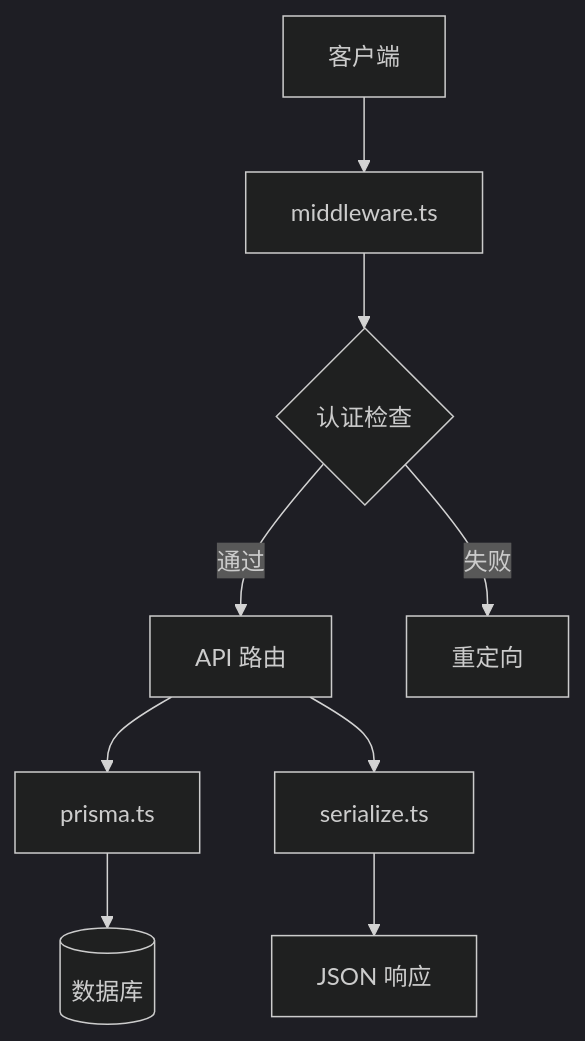
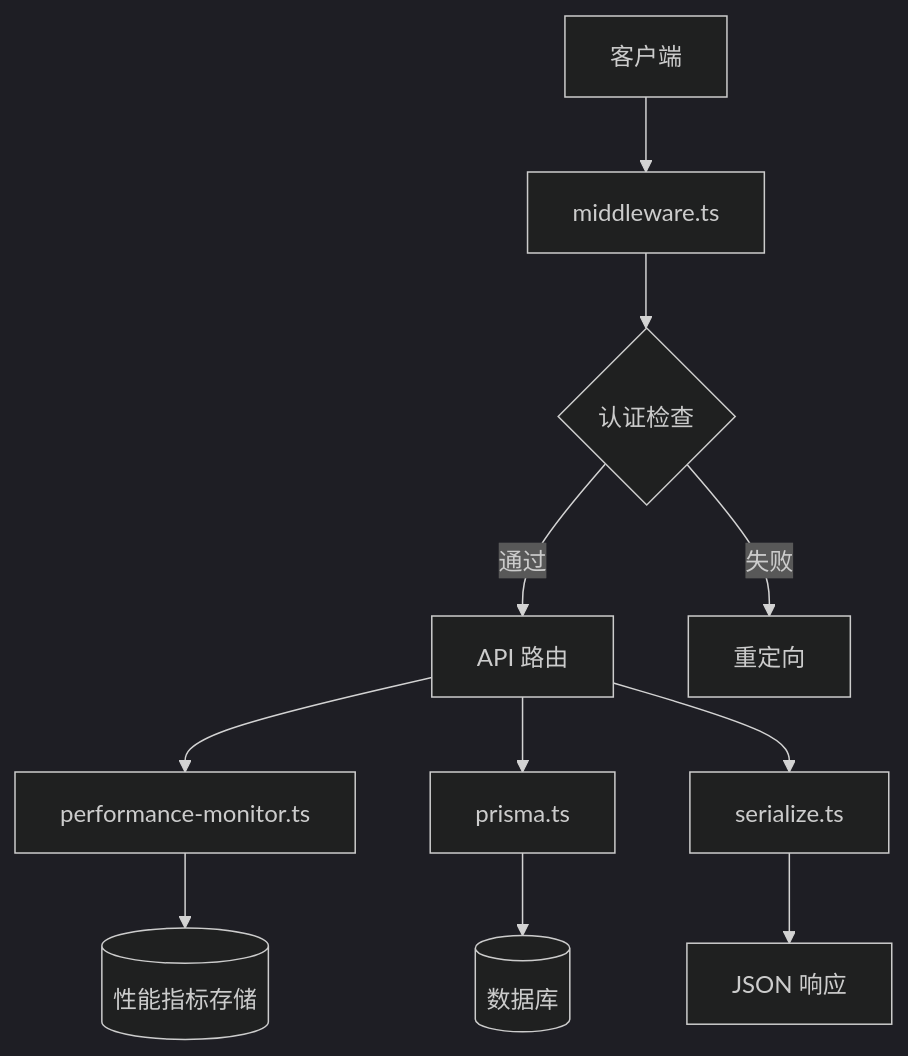
Before and after one commit to Eyre921/yunqi: the second of 9 diagrams in .qoder/repowiki/zh/content/后端架构/后端架构.md, drawn with Mermaid (dark theme). The commit also changed other lines of this file and 11 other files, not shown here.

````diff
--- a/.qoder/repowiki/zh/content/后端架构/后端架构.md
+++ b/.qoder/repowiki/zh/content/后端架构/后端架构.md
@@ -78,11 +94,13 @@
 ```mermaid
 graph TB
 Client[客户端] --> Middleware[middleware.ts]
 Middleware --> AuthCheck{认证检查}
 AuthCheck --> |通过| APIRoute[API 路由]
 AuthCheck --> |失败| Redirect[重定向]
+APIRoute --> PerformanceMonitor[performance-monitor.ts]
 APIRoute --> Prisma[prisma.ts]
 Prisma --> DB[(数据库)]
 APIRoute --> Serialize[serialize.ts]
 Serialize --> Response[JSON 响应]
+PerformanceMonitor --> Metrics[(性能指标存储)]
 ```
````
